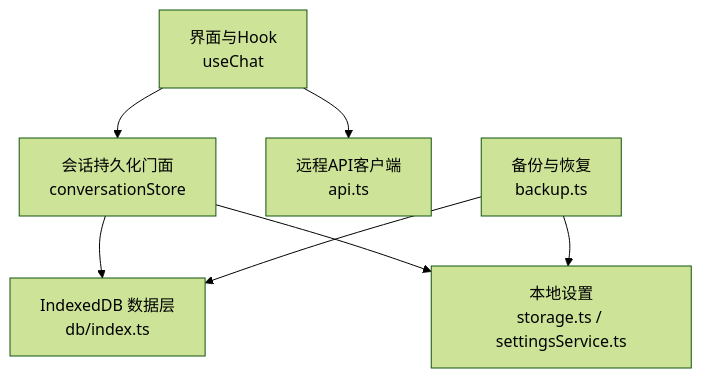
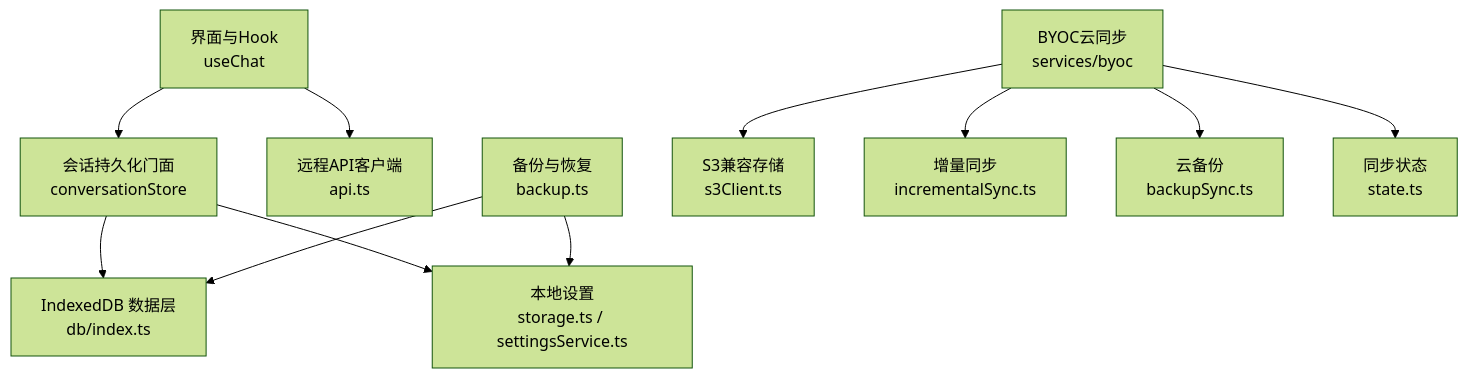
The first of 6 diagrams in .qoder/repowiki/zh/content/架构设计/数据流设计/数据同步机制.md (billye220670/AIShop), drawn with Mermaid (forest theme) before and after one commit. The commit also changed other lines of this file and 42 other files, not shown here.

````diff
--- a/.qoder/repowiki/zh/content/架构设计/数据流设计/数据同步机制.md
+++ b/.qoder/repowiki/zh/content/架构设计/数据流设计/数据同步机制.md
@@ -39,9 +59,13 @@
 ```mermaid
 graph TB
 UI["界面与Hook<br/>useChat"] --> Store["会话持久化门面<br/>conversationStore"]
 Store --> DB["IndexedDB 数据层<br/>db/index.ts"]
 Store --> Local["本地设置<br/>storage.ts / settingsService.ts"]
 UI --> API["远程API客户端<br/>api.ts"]
 Backup["备份与恢复<br/>backup.ts"] --> DB
 Backup --> Local
+BYOC["BYOC云同步<br/>services/byoc"] --> S3["S3兼容存储<br/>s3Client.ts"]
+BYOC --> Incremental["增量同步<br/>incrementalSync.ts"]
+BYOC --> BackupSync["云备份<br/>backupSync.ts"]
+BYOC --> State["同步状态<br/>state.ts"]
 ```
````
